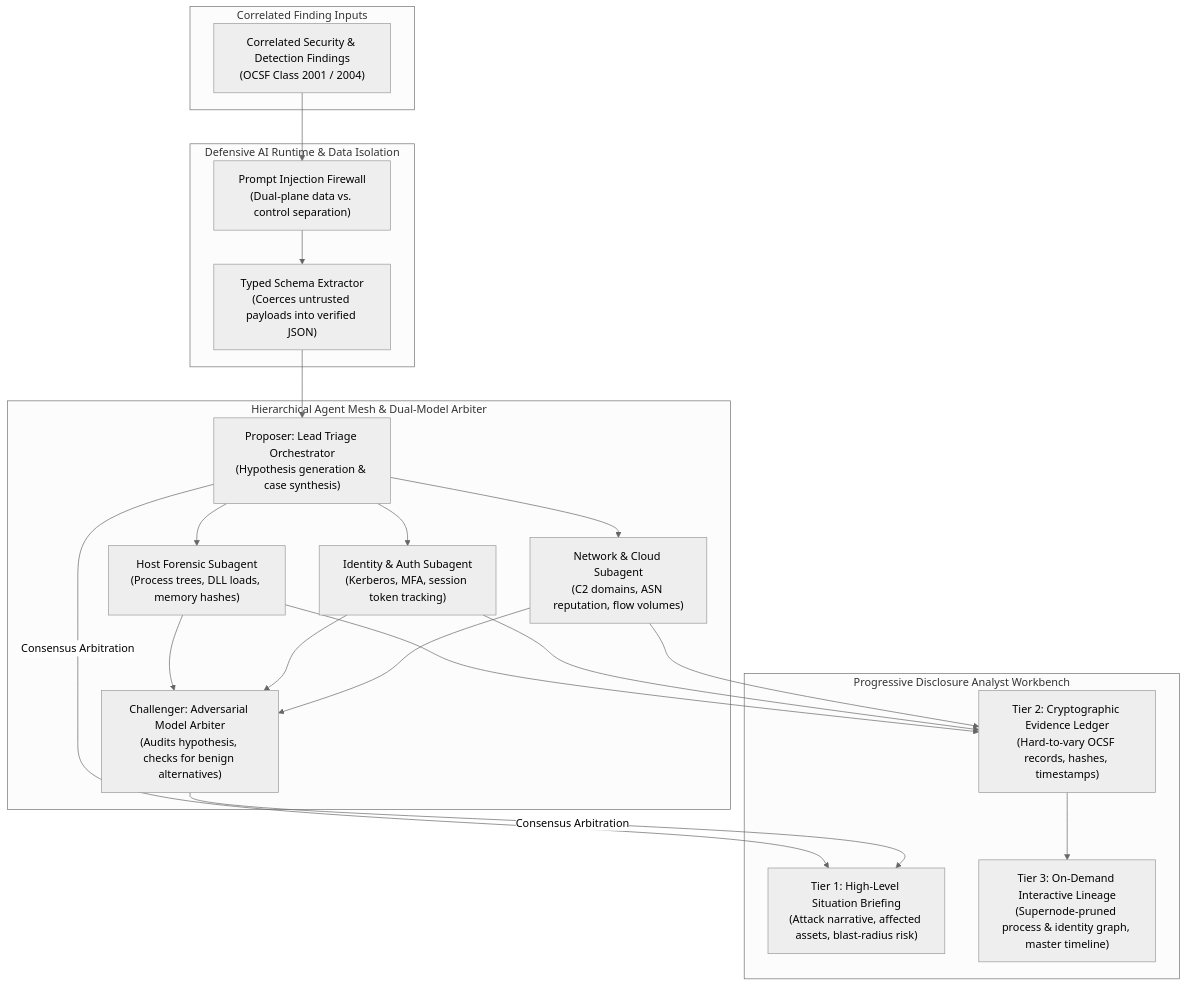
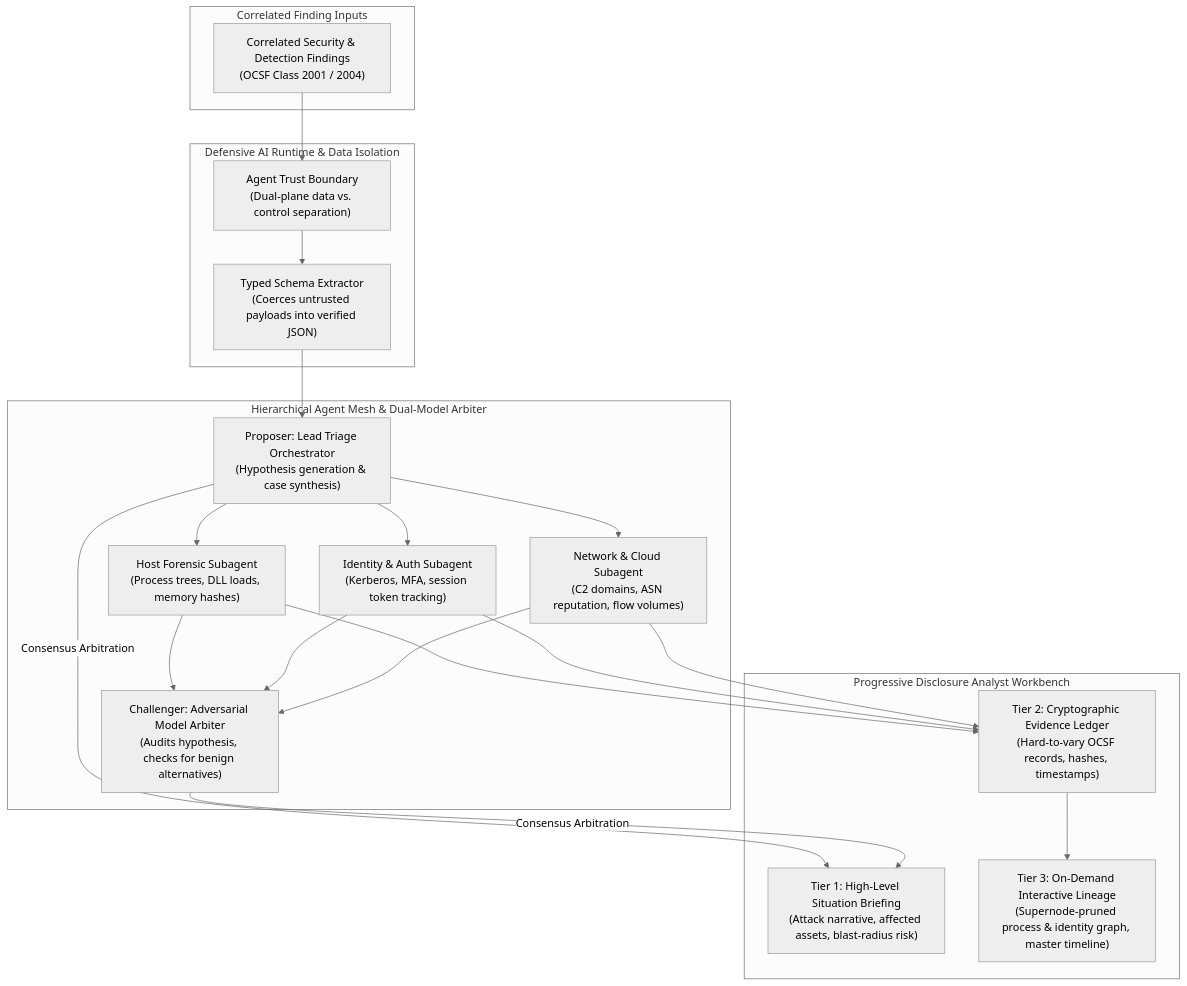
Before and after one commit to Haribu/TIDIR: the diagram in docs/architecture/components/04-investigation-cases.md, drawn with Mermaid (neutral theme). The commit also changed 16 other files, not shown here.

Commit message:
feat: implement immediate architecture refinements and v0.2 roadmap

````diff
--- a/docs/architecture/components/04-investigation-cases.md
+++ b/docs/architecture/components/04-investigation-cases.md
@@ -7,36 +7,36 @@
 ```mermaid
 flowchart TB
   subgraph Inputs ["Correlated Finding Inputs"]
     INCIDENT_IN["Correlated Security & Detection Findings\n(OCSF Class 2001 / 2004)"]
   end
 
   subgraph DefensiveFirewall ["Defensive AI Runtime & Data Isolation"]
-    PROMPT_FW["Prompt Injection Firewall\n(Dual-plane data vs. control separation)"]
+    PROMPT_FW["Agent Trust Boundary\n(Dual-plane data vs. control separation)"]
     TYPED_EXTRACT["Typed Schema Extractor\n(Coerces untrusted payloads into verified JSON)"]
   end
 
   subgraph AgentMesh ["Hierarchical Agent Mesh & Dual-Model Arbiter"]
     LEAD_ORCH["Proposer: Lead Triage Orchestrator\n(Hypothesis generation & case synthesis)"]
     CHALLENGER["Challenger: Adversarial Model Arbiter\n(Audits hypothesis, checks for benign alternatives)"]
     SUB_HOST["Host Forensic Subagent\n(Process trees, DLL loads, memory hashes)"]
     SUB_ID["Identity & Auth Subagent\n(Kerberos, MFA, session token tracking)"]
     SUB_NET["Network & Cloud Subagent\n(C2 domains, ASN reputation, flow volumes)"]
   end
 
   subgraph ProgressiveUI ["Progressive Disclosure Analyst Workbench"]
     TIER1_SITREP["Tier 1: High-Level Situation Briefing\n(Attack narrative, affected assets, blast-radius risk)"]
     TIER2_EVIDENCE["Tier 2: Cryptographic Evidence Ledger\n(Hard-to-vary OCSF records, hashes, timestamps)"]
     TIER3_GRAPH["Tier 3: On-Demand Interactive Lineage\n(Supernode-pruned process & identity graph, master timeline)"]
   end
 
   INCIDENT_IN --> PROMPT_FW
   PROMPT_FW --> TYPED_EXTRACT
   TYPED_EXTRACT --> LEAD_ORCH
   LEAD_ORCH --> SUB_HOST
   LEAD_ORCH --> SUB_ID
   LEAD_ORCH --> SUB_NET
   SUB_HOST & SUB_ID & SUB_NET --> CHALLENGER
   LEAD_ORCH & CHALLENGER -->|Consensus Arbitration| TIER1_SITREP
   SUB_HOST & SUB_ID & SUB_NET --> TIER2_EVIDENCE
   TIER2_EVIDENCE --> TIER3_GRAPH
 ```
````
